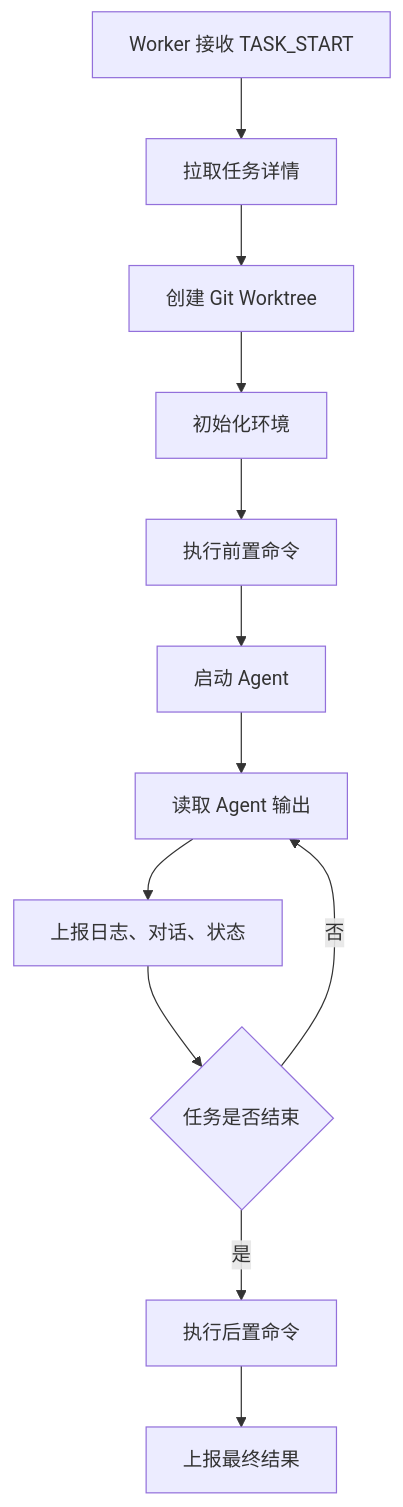
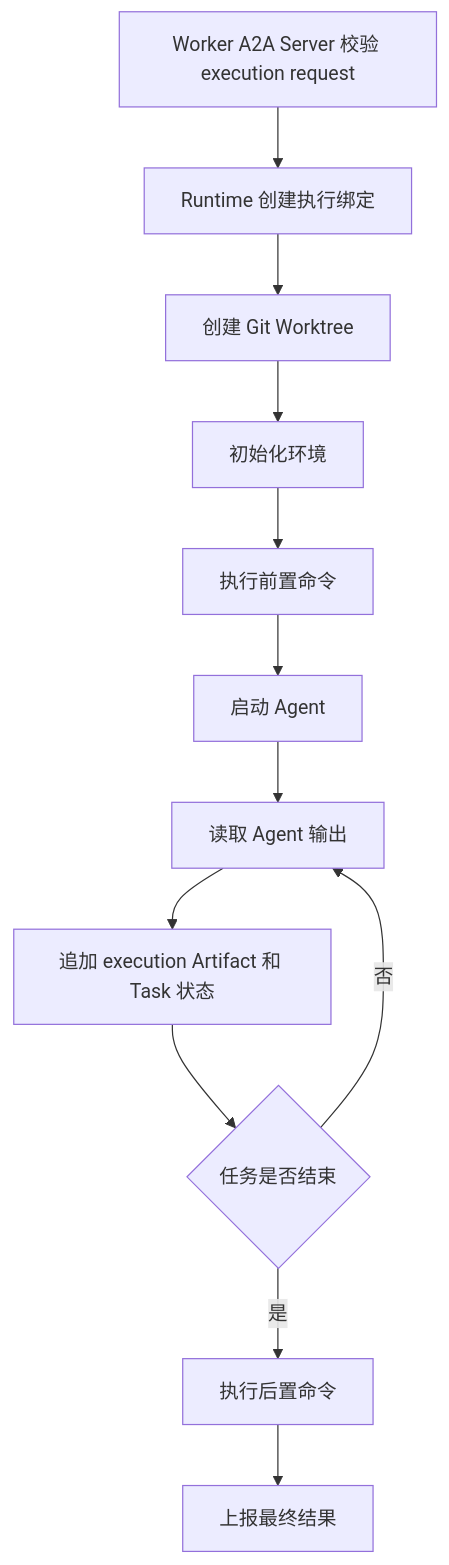
One commit to tangxusc/block-play-table changed the second of 7 diagrams in docs/system-design.md. Above: the diagram before and after it, drawn with Mermaid. The commit also changed other lines of this file and 214 other files, not shown here.

Commit message:
feat: migrate task execution to A2A v1.0

````diff
--- a/docs/system-design.md
+++ b/docs/system-design.md
@@ -440,14 +442,14 @@
 ```mermaid
 flowchart TD
-    A[Worker 接收 TASK_START] --> B[拉取任务详情]
+    A[Worker A2A Server 校验 execution request] --> B[Runtime 创建执行绑定]
     B --> C[创建 Git Worktree]
     C --> D[初始化环境]
     D --> E[执行前置命令]
     E --> F[启动 Agent]
     F --> G[读取 Agent 输出]
-    G --> H[上报日志、对话、状态]
+    G --> H[追加 execution Artifact 和 Task 状态]
     H --> I{任务是否结束}
     I -- 否 --> G
     I -- 是 --> J[执行后置命令]
     J --> K[上报最终结果]
 ```
````
